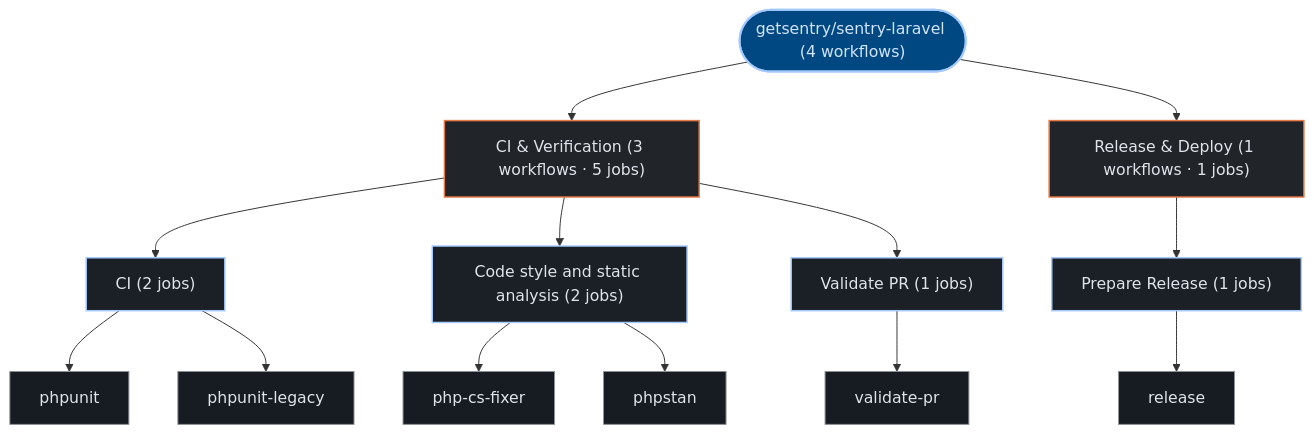
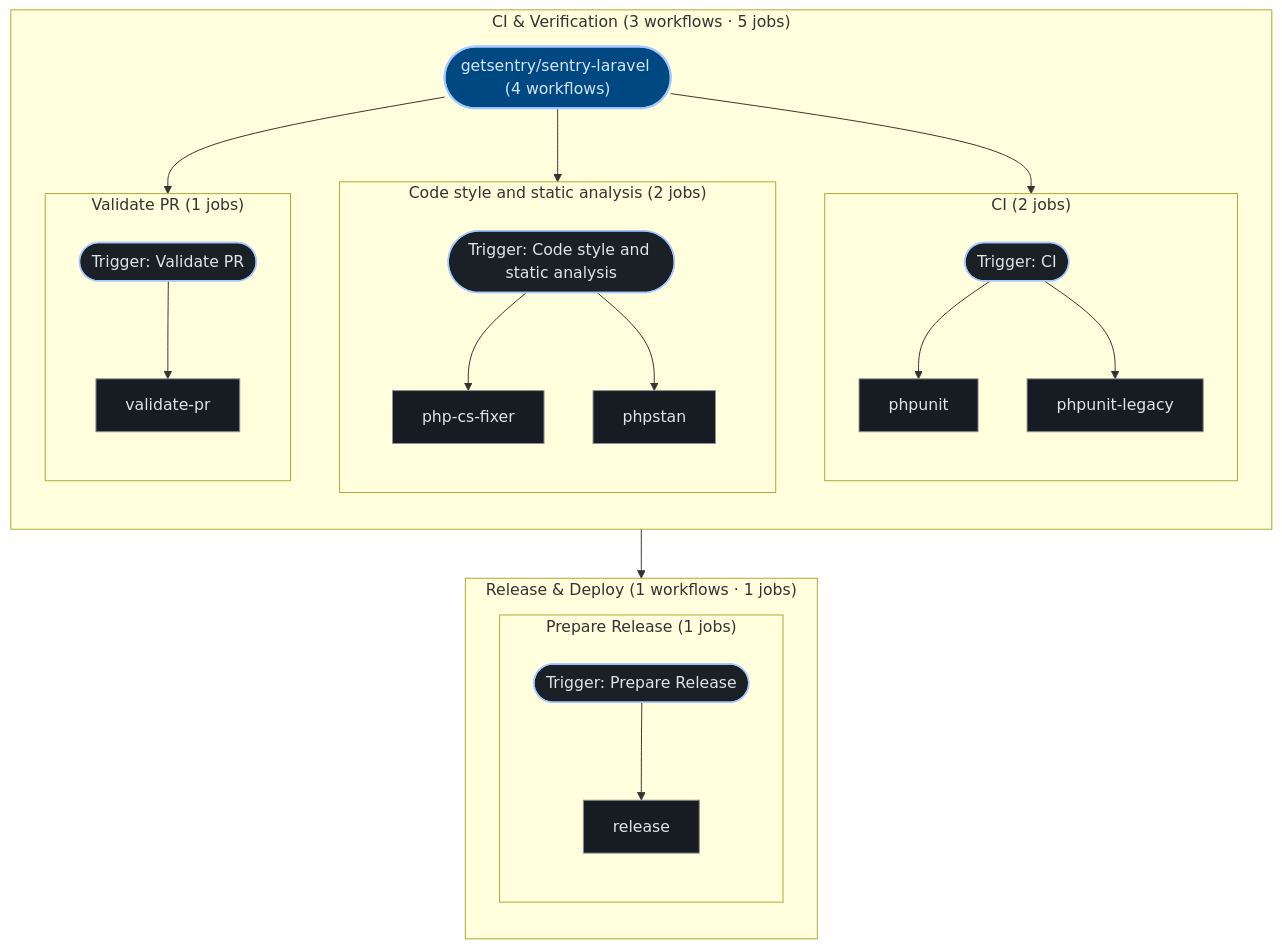
One commit to kumarshaz/atruss-code-atlas changed the third of 3 diagrams in exports/latest/reports/getsentry-sentry-laravel-report.md. Above: the diagram before and after it, drawn with Mermaid. The commit also changed 181 other files, not shown here.

````diff
--- a/exports/latest/reports/getsentry-sentry-laravel-report.md
+++ b/exports/latest/reports/getsentry-sentry-laravel-report.md
@@ -223,35 +223,49 @@
 ```mermaid
 graph TD;
   classDef atlasRoot fill:#004882,stroke:#a3c9ff,stroke-width:2px,color:#d3e4ff
   classDef atlasCategory fill:#212428,stroke:#E87A48,stroke-width:1.5px,color:#dfe3eb
   classDef atlasWorkflow fill:#1b2026,stroke:#a3c9ff,stroke-width:1.5px,color:#dfe3eb
   classDef atlasJob fill:#171c22,stroke:#8d9199,stroke-width:1px,color:#dfe3eb
   classDef atlasTarget fill:#005227,stroke:#8bd99b,stroke-width:1.5px,color:#a7f6b6
   classDef atlasAlert fill:#93000a,stroke:#ffb4ab,stroke-width:1.5px,color:#ffdad6
   classDef atlasMore fill:#252a31,stroke:#8d9199,stroke-dasharray:4 4,color:#c3c6cf
   pipeline_root(["getsentry/sentry-laravel (4 workflows)"]):::atlasRoot
-  grp_0_CI___Verification["CI & Verification (3 workflows · 5 jobs)"]:::atlasCategory
-  pipeline_root --> grp_0_CI___Verification
-  wf_0_CI["CI (2 jobs)"]:::atlasWorkflow
-  grp_0_CI___Verification --> wf_0_CI
-  job_0_phpunit["phpunit"]:::atlasJob
-  job_0_phpunit_legacy["phpunit-legacy"]:::atlasJob
-  wf_0_CI --> job_0_phpunit
-  wf_0_CI --> job_0_phpunit_legacy
-  wf_1_Code_style_and_static_analysis["Code style and static analysis (2 jobs)"]:::atlasWorkflow
-  grp_0_CI___Verification --> wf_1_Code_style_and_static_analysis
-  job_1_php_cs_fixer["php-cs-fixer"]:::atlasJob
-  job_1_phpstan["phpstan"]:::atlasJob
-  wf_1_Code_style_and_static_analysis --> job_1_php_cs_fixer
-  wf_1_Code_style_and_static_analysis --> job_1_phpstan
-  wf_3_Validate_PR["Validate PR (1 jobs)"]:::atlasWorkflow
-  grp_0_CI___Verification --> wf_3_Validate_PR
-  job_3_validate_pr["validate-pr"]:::atlasJob
-  wf_3_Validate_PR --> job_3_validate_pr
-  grp_1_Release___Deploy["Release & Deploy (1 workflows · 1 jobs)"]:::atlasCategory
-  pipeline_root --> grp_1_Release___Deploy
-  wf_2_Prepare_Release["Prepare Release (1 jobs)"]:::atlasWorkflow
-  grp_1_Release___Deploy --> wf_2_Prepare_Release
-  job_2_release["release"]:::atlasJob
-  wf_2_Prepare_Release --> job_2_release
+  subgraph sg_grp_0_CI___Verification["CI & Verification (3 workflows · 5 jobs)"]
+    direction TB
+    subgraph sg_wf_0_CI["CI (2 jobs)"]
+      direction TB
+      wf_0_CI(["Trigger: CI"]):::atlasWorkflow
+      job_0_phpunit["phpunit"]:::atlasJob
+      job_0_phpunit_legacy["phpunit-legacy"]:::atlasJob
+      wf_0_CI --> job_0_phpunit
+      wf_0_CI --> job_0_phpunit_legacy
+    end
+    pipeline_root --> wf_0_CI
+    subgraph sg_wf_1_Code_style_and_static_analysis["Code style and static analysis (2 jobs)"]
+      direction TB
+      wf_1_Code_style_and_static_analysis(["Trigger: Code style and static analysis"]):::atlasWorkflow
+      job_1_php_cs_fixer["php-cs-fixer"]:::atlasJob
+      job_1_phpstan["phpstan"]:::atlasJob
+      wf_1_Code_style_and_static_analysis --> job_1_php_cs_fixer
+      wf_1_Code_style_and_static_analysis --> job_1_phpstan
+    end
+    pipeline_root --> wf_1_Code_style_and_static_analysis
+    subgraph sg_wf_3_Validate_PR["Validate PR (1 jobs)"]
+      direction TB
+      wf_3_Validate_PR(["Trigger: Validate PR"]):::atlasWorkflow
+      job_3_validate_pr["validate-pr"]:::atlasJob
+      wf_3_Validate_PR --> job_3_validate_pr
+    end
+    pipeline_root --> wf_3_Validate_PR
+  end
+  subgraph sg_grp_1_Release___Deploy["Release & Deploy (1 workflows · 1 jobs)"]
+    direction TB
+    subgraph sg_wf_2_Prepare_Release["Prepare Release (1 jobs)"]
+      direction TB
+      wf_2_Prepare_Release(["Trigger: Prepare Release"]):::atlasWorkflow
+      job_2_release["release"]:::atlasJob
+      wf_2_Prepare_Release --> job_2_release
+    end
+    pipeline_root --> wf_2_Prepare_Release
+  end
 ```
````
